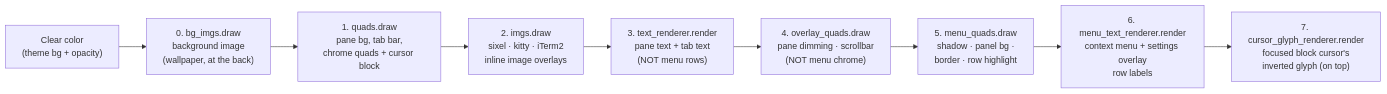
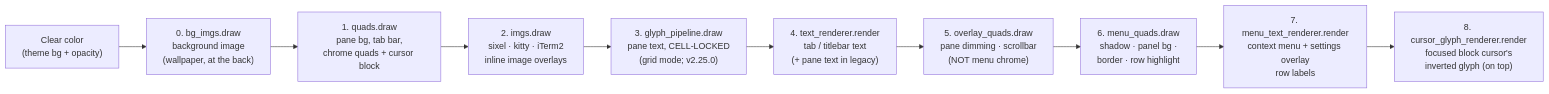
One commit to Reddimus/kettle changed the fifth of 10 diagrams in docs/ARCHITECTURE.md. Above: the diagram before and after it, drawn with Mermaid. The commit also changed other lines of this file and 12 other files, not shown here.

````diff
--- a/docs/ARCHITECTURE.md
+++ b/docs/ARCHITECTURE.md
@@ -186,11 +186,12 @@
 ```mermaid
 flowchart LR
     clear["Clear color<br/>(theme bg + opacity)"] --> bgimg["0. bg_imgs.draw<br/>background image<br/>(wallpaper, at the back)"]
     bgimg --> quads["1. quads.draw<br/>pane bg, tab bar,<br/>chrome quads + cursor block"]
     quads --> imgs["2. imgs.draw<br/>sixel · kitty · iTerm2<br/>inline image overlays"]
-    imgs --> text["3. text_renderer.render<br/>pane text + tab text<br/>(NOT menu rows)"]
-    text --> overlay["4. overlay_quads.draw<br/>pane dimming · scrollbar<br/>(NOT menu chrome)"]
-    overlay --> menuq["5. menu_quads.draw<br/>shadow · panel bg ·<br/>border · row highlight"]
-    menuq --> menut["6. menu_text_renderer.render<br/>context menu + settings overlay<br/>row labels"]
-    menut --> curg["7. cursor_glyph_renderer.render<br/>focused block cursor's<br/>inverted glyph (on top)"]
+    imgs --> glyph["3. glyph_pipeline.draw<br/>pane text, CELL-LOCKED<br/>(grid mode; v2.25.0)"]
+    glyph --> text["4. text_renderer.render<br/>tab / titlebar text<br/>(+ pane text in legacy)"]
+    text --> overlay["5. overlay_quads.draw<br/>pane dimming · scrollbar<br/>(NOT menu chrome)"]
+    overlay --> menuq["6. menu_quads.draw<br/>shadow · panel bg ·<br/>border · row highlight"]
+    menuq --> menut["7. menu_text_renderer.render<br/>context menu + settings overlay<br/>row labels"]
+    menut --> curg["8. cursor_glyph_renderer.render<br/>focused block cursor's<br/>inverted glyph (on top)"]
 ```
````
